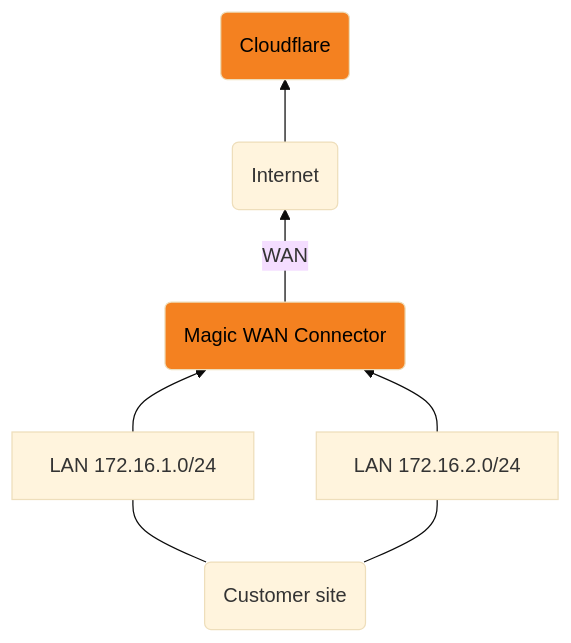
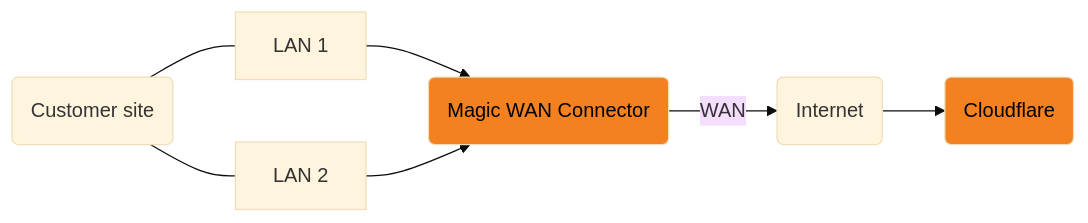
The first of 2 diagrams in content/magic-wan/configuration/connector/configure-hardware-connector/_index.md (cloudflare/cloudflare-docs), drawn with Mermaid (base theme) before and after one commit. The commit also changed other lines of this file and 1 other file, not shown here.

Commit message:
refined graphs

````diff
--- a/content/magic-wan/configuration/connector/configure-hardware-connector/_index.md
+++ b/content/magic-wan/configuration/connector/configure-hardware-connector/_index.md
@@ -53,10 +53,10 @@
 ```mermaid
-flowchart BT
+flowchart LR
 accTitle: Magic WAN Connector set up as a DHCP server, and connecting to the Internet.
     a(Magic WAN Connector)-->|WAN|b(Internet) --> c(Cloudflare)
-    d[LAN 172.16.1.0/24] --> a
-    e[LAN 172.16.2.0/24] --> a
+    d[LAN 1] --> a
+    e[LAN 2] --> a
     f(Customer site) --- d & e
     classDef orange fill:#f48120,color: black
     class a,c orange
 ```
````
